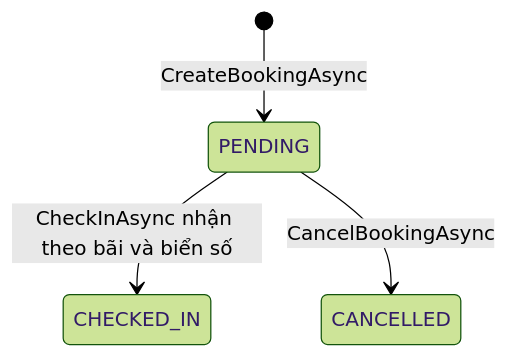
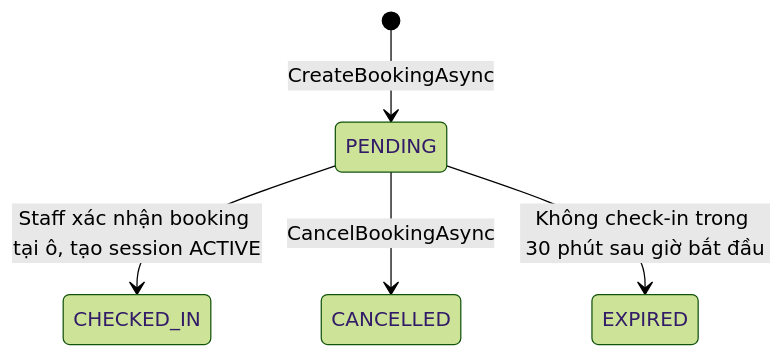
One commit to silver-phung/smart-parking-system changed the sixth of 10 diagrams in docs/product/state-machines.md. Above: the diagram before and after it, drawn with Mermaid (forest theme). The commit also changed other lines of this file and 57 other files, not shown here.

Commit message:
Thành công xác nhận xe vào bãi đỗ

````diff
--- a/docs/product/state-machines.md
+++ b/docs/product/state-machines.md
@@ -131,6 +132,7 @@
 ```mermaid
 stateDiagram-v2
   [*] --> PENDING: CreateBookingAsync
-  PENDING --> CHECKED_IN: CheckInAsync nhận theo bãi và biển số
+  PENDING --> CHECKED_IN: Staff xác nhận booking tại ô, tạo session ACTIVE
   PENDING --> CANCELLED: CancelBookingAsync
+  PENDING --> EXPIRED: Không check-in trong 30 phút sau giờ bắt đầu
 ```
````
